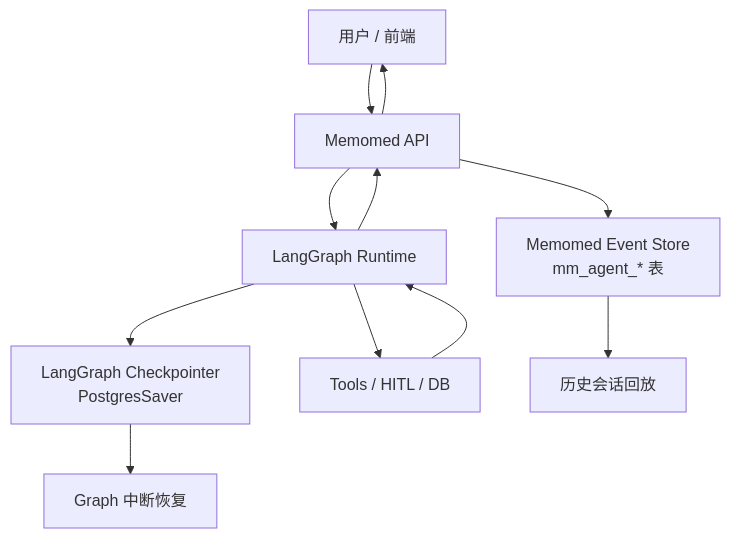
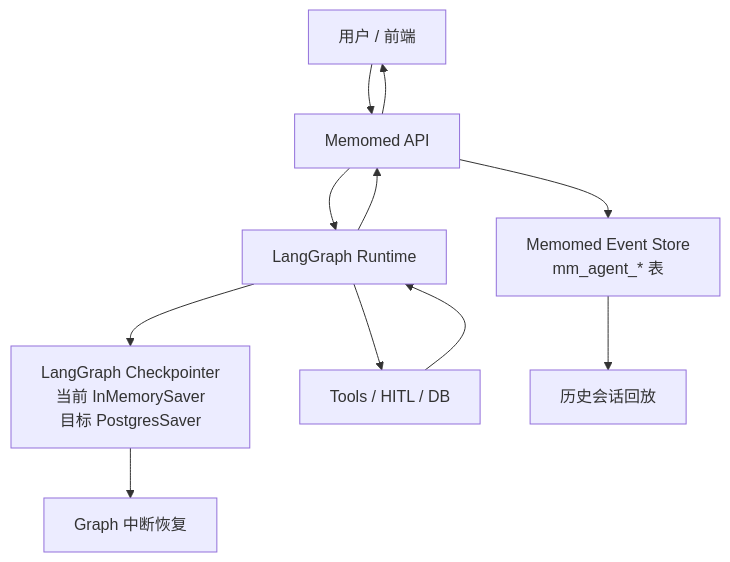
One commit to eastbaby/memomed changed the diagram in docs/superpowers/specs/2026-05-17-memomed-agent-event-protocol.md. Above: the diagram before and after it, drawn with Mermaid. The commit also changed other lines of this file and 50 other files, not shown here.

````diff
--- a/docs/superpowers/specs/2026-05-17-memomed-agent-event-protocol.md
+++ b/docs/superpowers/specs/2026-05-17-memomed-agent-event-protocol.md
@@ -119,14 +122,14 @@
 ```mermaid
 flowchart TD
     U["用户 / 前端"] --> API["Memomed API"]
     API --> ES["Memomed Event Store<br/>mm_agent_* 表"]
     API --> LG["LangGraph Runtime"]
-    LG --> CP["LangGraph Checkpointer<br/>PostgresSaver"]
+    LG --> CP["LangGraph Checkpointer<br/>当前 InMemorySaver<br/>目标 PostgresSaver"]
     LG --> TOOLS["Tools / HITL / DB"]
     TOOLS --> LG
     LG --> API
     API --> U
 
     ES --> HIST["历史会话回放"]
     CP --> RESUME["Graph 中断恢复"]
 ```
````
